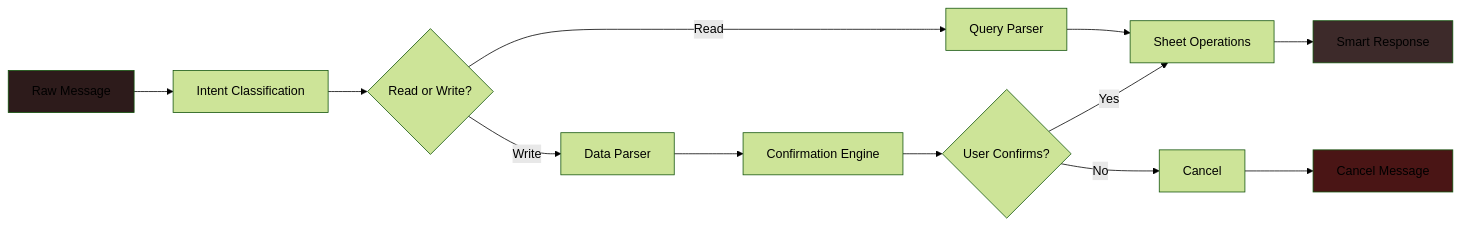
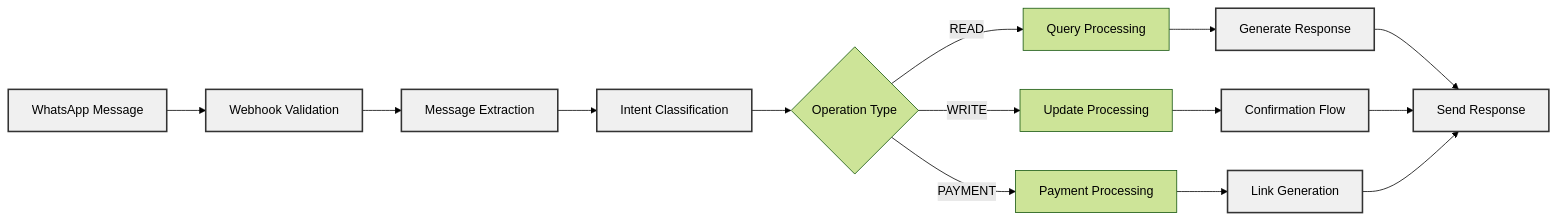
Before and after one commit to yassshhhh22/Chat2Sheet: the fourth of 4 diagrams in README.md, drawn with Mermaid (forest theme). The commit also changed other lines of this file and 2 other files, not shown here.

````diff
--- a/README.md
+++ b/README.md
@@ -370,18 +350,19 @@
 ```mermaid
 graph LR
-    A[Raw Message] --> B[Intent Classification]
-    B --> C{Read or Write?}
-    C -->|Read| D[Query Parser]
-    C -->|Write| E[Data Parser]
-    D --> F[Sheet Operations]
-    E --> G[Confirmation Engine]
-    G --> H{User Confirms?}
-    H -->|Yes| F
-    H -->|No| I[Cancel]
-    F --> J[Smart Response]
-    I --> K[Cancel Message]
+    A[WhatsApp Message] --> B[Webhook Validation]
+    B --> C[Message Extraction]
+    C --> D[Intent Classification]
+    D --> E{Operation Type}
+    E -->|READ| F[Query Processing]
+    E -->|WRITE| G[Update Processing]
+    E -->|PAYMENT| H[Payment Processing]
+    F --> I[Generate Response]
+    G --> J[Confirmation Flow]
+    H --> K[Link Generation]
+    I --> L[Send Response]
+    J --> L
+    K --> L
 
-    style A fill:#2d1b1b
-    style J fill:#3d2a2a
-    style K fill:#4a1515
+    classDef process fill:#f0f0f0,stroke:#333,stroke-width:2px
+    class A,B,C,D,I,J,K,L process
 ```
````
